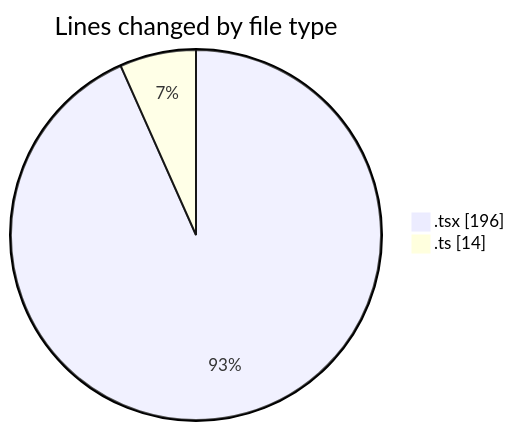
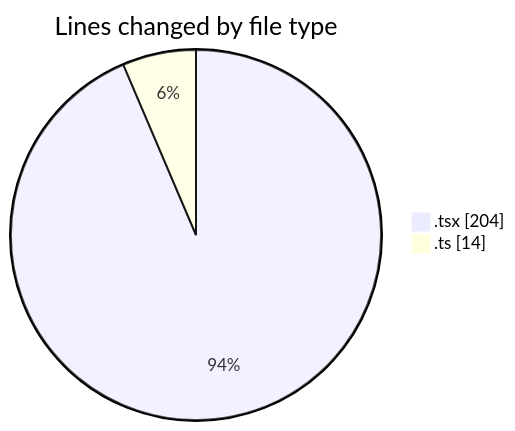
The first of 2 diagrams in 2025-01-10/mbc-web/README.md (robertbonfada/code-tracking), drawn with Mermaid before and after one commit. The commit also changed other lines of this file and 1 other file, not shown here.

````diff
--- a/2025-01-10/mbc-web/README.md
+++ b/2025-01-10/mbc-web/README.md
@@ -23,6 +23,6 @@
 ```mermaid
 pie showData
 title Lines changed by file type
-".tsx" : 196
+".tsx" : 204
 ".ts" : 14
 ```
````
